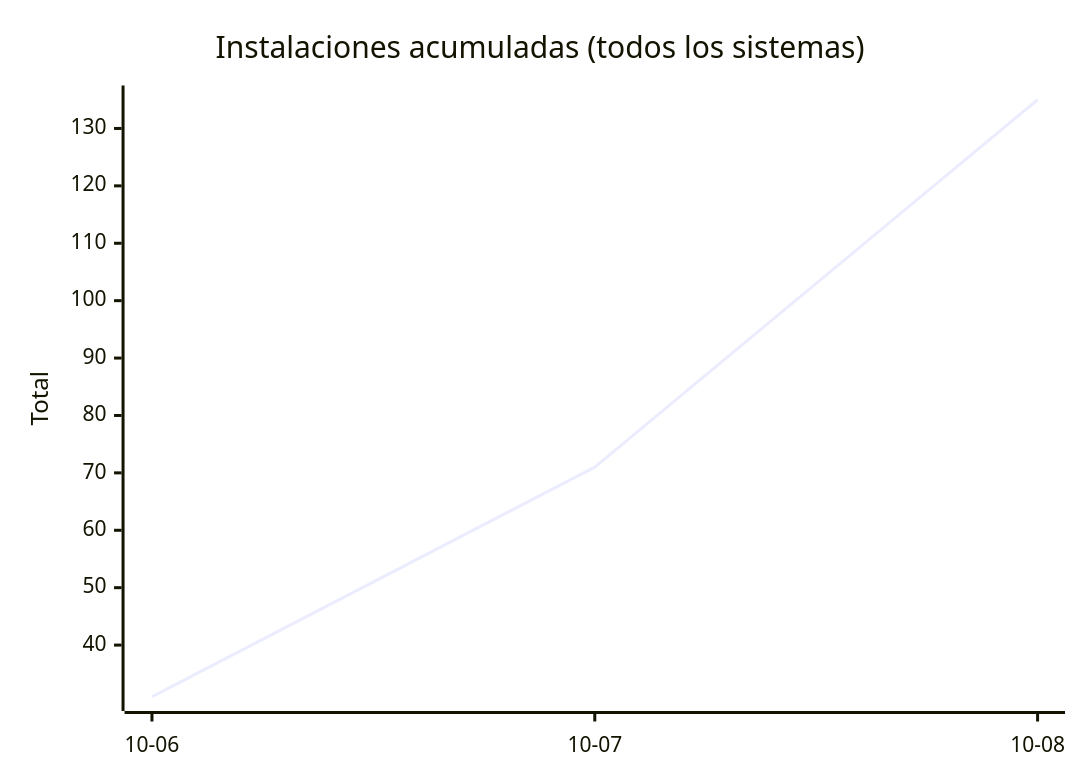
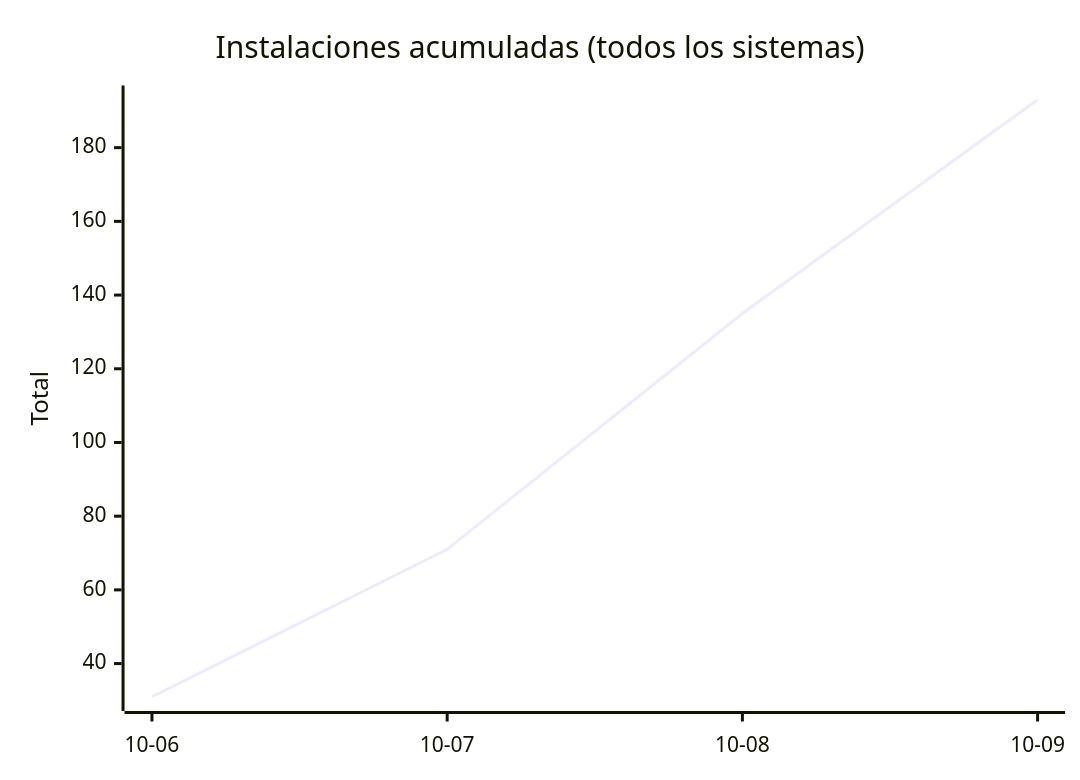
The seventh of 8 diagrams in README.md (EmuDeck/stats), drawn with Mermaid before and after one commit. The commit also changed other lines of this file and 2 other files, not shown here.

````diff
--- a/README.md
+++ b/README.md
@@ -76,7 +76,7 @@
 ```mermaid
 xychart-beta
     title "Instalaciones acumuladas (todos los sistemas)"
-    x-axis ["10-06", "10-07", "10-08"]
+    x-axis ["10-06", "10-07", "10-08", "10-09"]
     y-axis "Total"
-    line [31, 71, 135]
+    line [31, 71, 135, 193]
 ```
````
